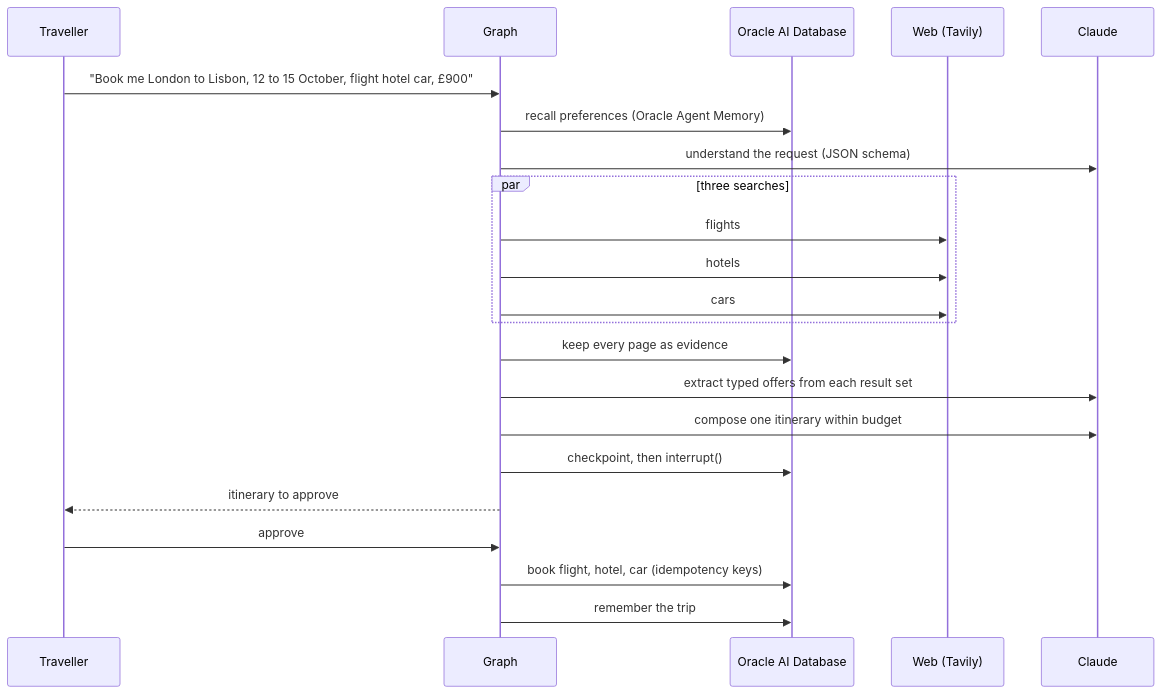
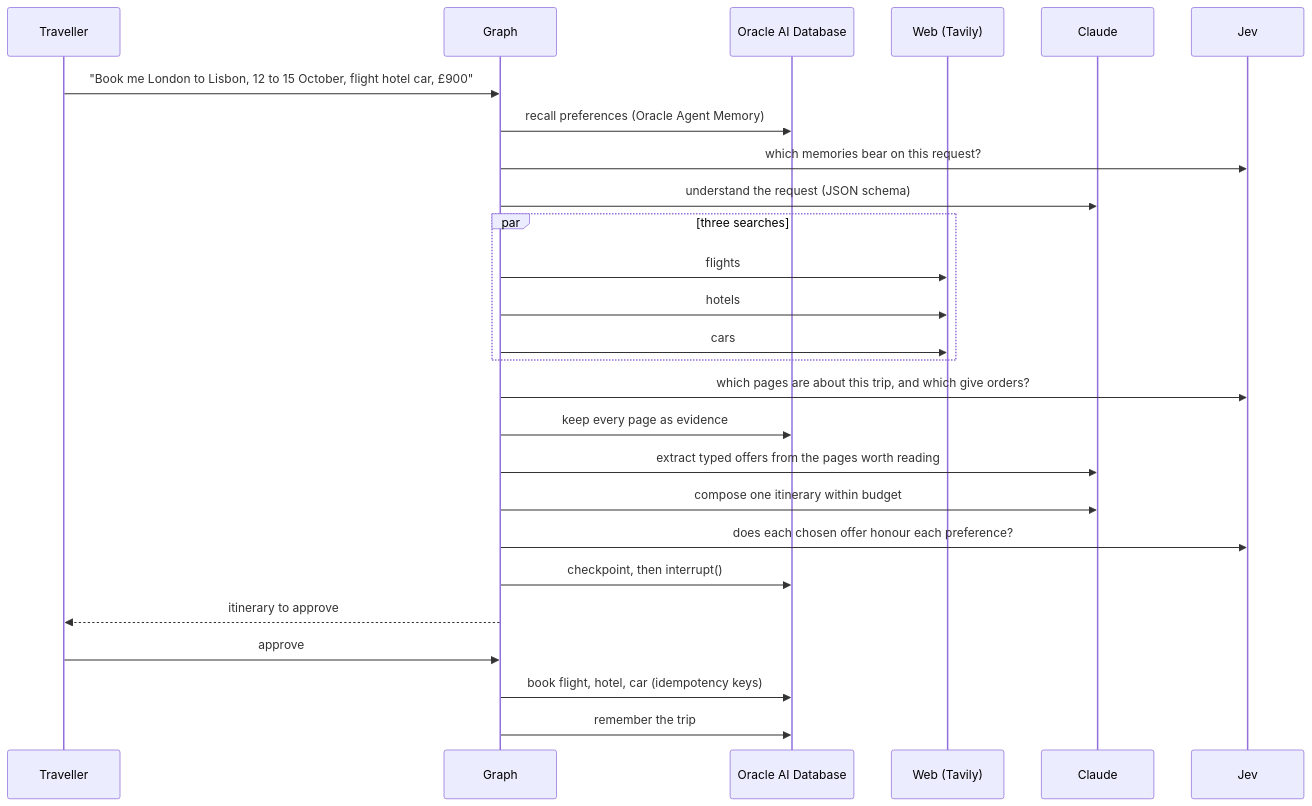
Before and after one commit to Cloud-Authority/agent_harness_course: the diagram in part_2/advanced/workflow/notebook/diagrams/lead-2.mmd, drawn with Mermaid. The commit also changed 26 other files, not shown here.

First line of the commit message:
Trip workflow: System One (Jev) decides at four points

```diff
--- a/part_2/advanced/workflow/notebook/diagrams/lead-2.mmd
+++ b/part_2/advanced/workflow/notebook/diagrams/lead-2.mmd
@@ -1,22 +1,26 @@
 sequenceDiagram
   participant Tr as Traveller
   participant G as Graph
   participant O as Oracle AI Database
   participant W as Web (Tavily)
   participant C as Claude
+  participant J as Jev
   Tr->>G: "Book me London to Lisbon, 12 to 15 October, flight hotel car, £900"
   G->>O: recall preferences (Oracle Agent Memory)
+  G->>J: which memories bear on this request?
   G->>C: understand the request (JSON schema)
   par three searches
     G->>W: flights
     G->>W: hotels
     G->>W: cars
   end
+  G->>J: which pages are about this trip, and which give orders?
   G->>O: keep every page as evidence
-  G->>C: extract typed offers from each result set
+  G->>C: extract typed offers from the pages worth reading
   G->>C: compose one itinerary within budget
+  G->>J: does each chosen offer honour each preference?
   G->>O: checkpoint, then interrupt()
   G-->>Tr: itinerary to approve
   Tr->>G: approve
   G->>O: book flight, hotel, car (idempotency keys)
   G->>O: remember the trip
```
